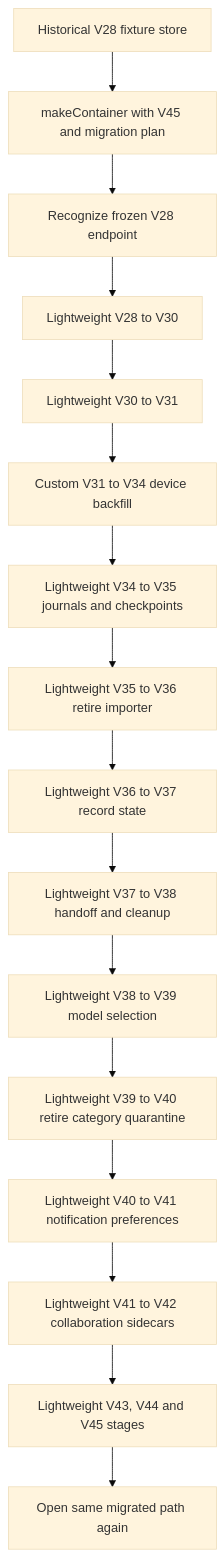
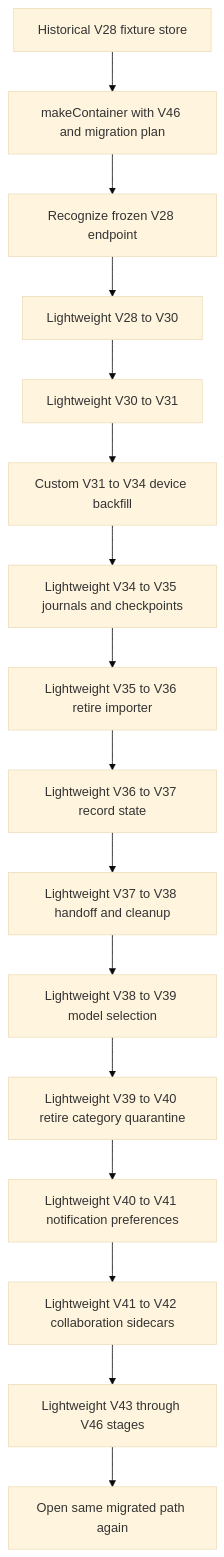
One commit to AkinoKaede/Termind changed the second of 4 diagrams in openwiki/concepts/persistence-and-secrets.md. Above: the diagram before and after it, drawn with Mermaid (base theme). The commit also changed other lines of this file and 66 other files, not shown here.

````diff
--- a/openwiki/concepts/persistence-and-secrets.md
+++ b/openwiki/concepts/persistence-and-secrets.md
@@ -212,18 +212,18 @@
 ```mermaid
 flowchart TD
-    Fixture["Historical V28 fixture store"] --> Factory["makeContainer with V45 and migration plan"]
+    Fixture["Historical V28 fixture store"] --> Factory["makeContainer with V46 and migration plan"]
     Factory --> V28["Recognize frozen V28 endpoint"]
     V28 --> V30["Lightweight V28 to V30"]
     V30 --> V31["Lightweight V30 to V31"]
     V31 --> V34["Custom V31 to V34 device backfill"]
     V34 --> V35["Lightweight V34 to V35 journals and checkpoints"]
     V35 --> V36["Lightweight V35 to V36 retire importer"]
     V36 --> V37["Lightweight V36 to V37 record state"]
     V37 --> V38["Lightweight V37 to V38 handoff and cleanup"]
     V38 --> V39["Lightweight V38 to V39 model selection"]
     V39 --> V40["Lightweight V39 to V40 retire category quarantine"]
     V40 --> V41["Lightweight V40 to V41 notification preferences"]
     V41 --> V42["Lightweight V41 to V42 collaboration sidecars"]
-    V42 --> V45["Lightweight V43, V44 and V45 stages"]
-    V45 --> Reopen["Open same migrated path again"]
+    V42 --> V46["Lightweight V43 through V46 stages"]
+    V46 --> Reopen["Open same migrated path again"]
 ```
````
